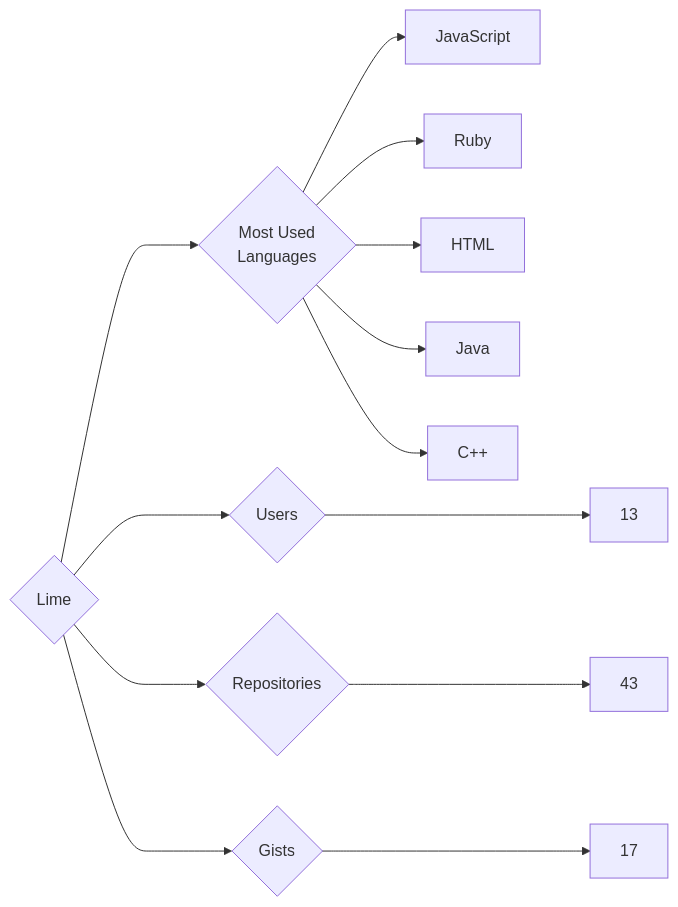
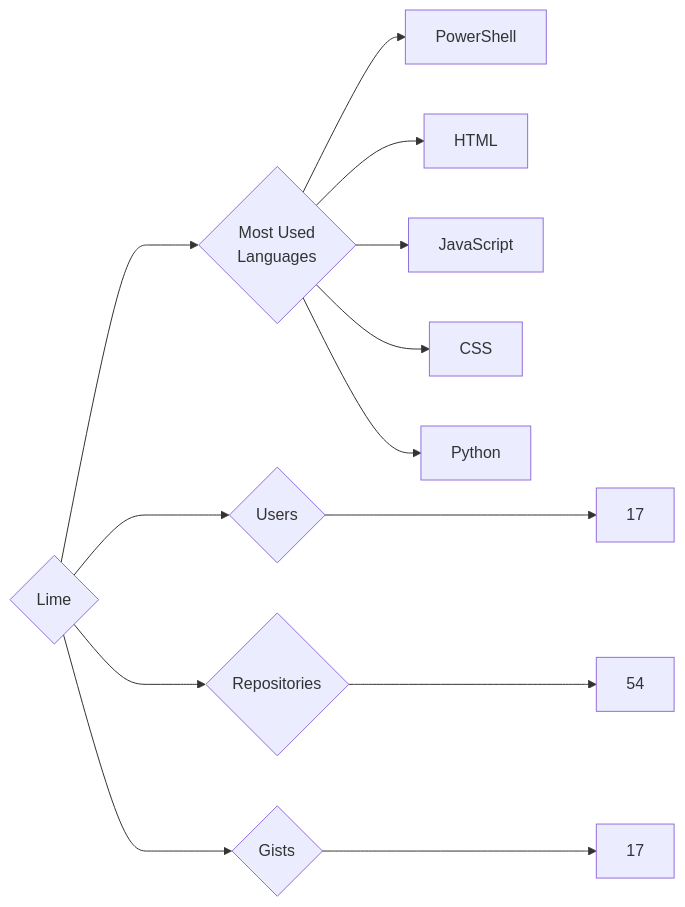
The diagram in targets/Lime/README.md (trickest/insiders), drawn with Mermaid before and after one commit. The commit also changed 914 other files, not shown here.

````diff
--- a/targets/Lime/README.md
+++ b/targets/Lime/README.md
@@ -3,13 +3,13 @@
 ```mermaid
 graph LR
 COMPANY_NAME{Lime}
-COMPANY_NAME ---> U{Users} ---> UN[13]
-COMPANY_NAME ---> R{Repositories} ---> RN[43]
+COMPANY_NAME ---> U{Users} ---> UN[17]
+COMPANY_NAME ---> R{Repositories} ---> RN[54]
 COMPANY_NAME ---> G{Gists} ---> GN[17]
 COMPANY_NAME ---> ML{Most Used<br>Languages}
+ML --> PowerShell[PowerShell]
+ML --> HTML[HTML]
 ML --> JavaScript[JavaScript]
-ML --> Ruby[Ruby]
-ML --> HTML[HTML]
-ML --> Java[Java]
-ML --> C++[C++]
+ML --> CSS[CSS]
+ML --> Python[Python]
 ```
````
